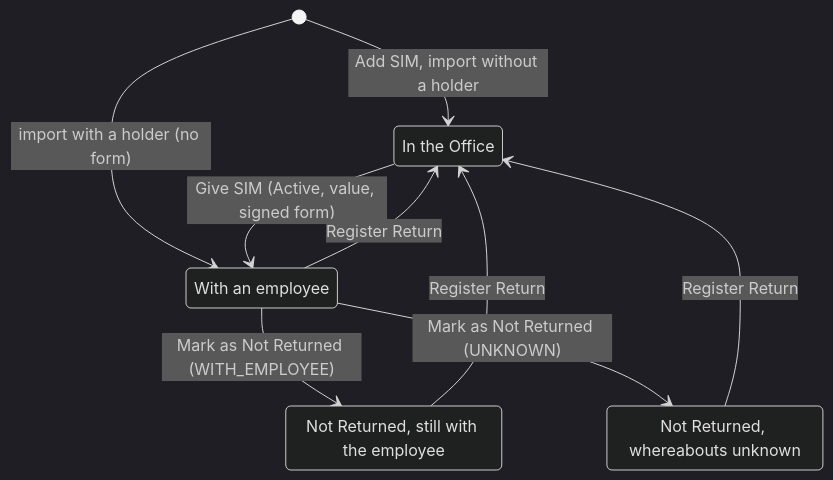
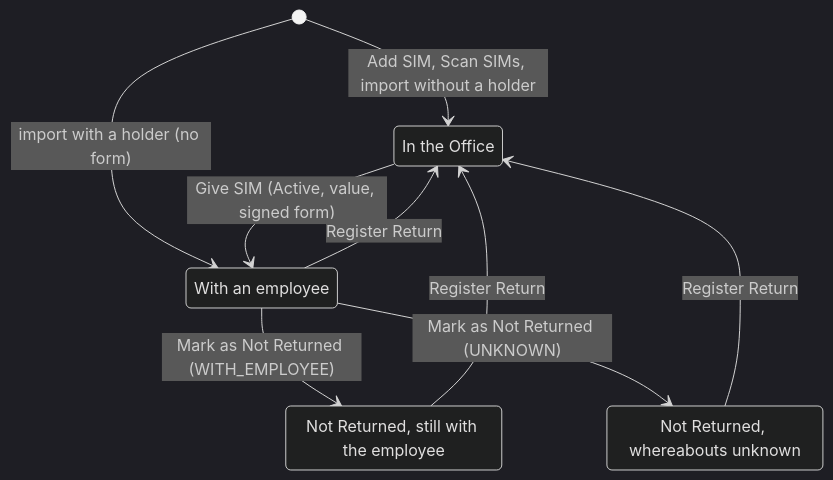
The second of 5 diagrams in docs/architecture/sim-card-state-machine.md (remisb/ppe-next2), drawn with Mermaid (dark theme) before and after one commit. The commit also changed other lines of this file and 3 other files, not shown here.

First line of the commit message:
Docs: SIM card state machine and ER diagram brought up to date

````diff
--- a/docs/architecture/sim-card-state-machine.md
+++ b/docs/architecture/sim-card-state-machine.md
@@ -52,16 +60,16 @@
 ```mermaid
 stateDiagram-v2
   direction TB
   state "In the Office" as Office
   state "With an employee" as Held
   state "Not Returned, still with the employee" as NRWith
   state "Not Returned, whereabouts unknown" as NRUnknown
-  [*] --> Office : Add SIM, import without a holder
+  [*] --> Office : Add SIM, Scan SIMs, import without a holder
   [*] --> Held : import with a holder (no form)
   Office --> Held : Give SIM (Active, value, signed form)
   Held --> NRWith : Mark as Not Returned (WITH_EMPLOYEE)
   Held --> NRUnknown : Mark as Not Returned (UNKNOWN)
   Held --> Office : Register Return
   NRWith --> Office : Register Return
   NRUnknown --> Office : Register Return
 ```
````
